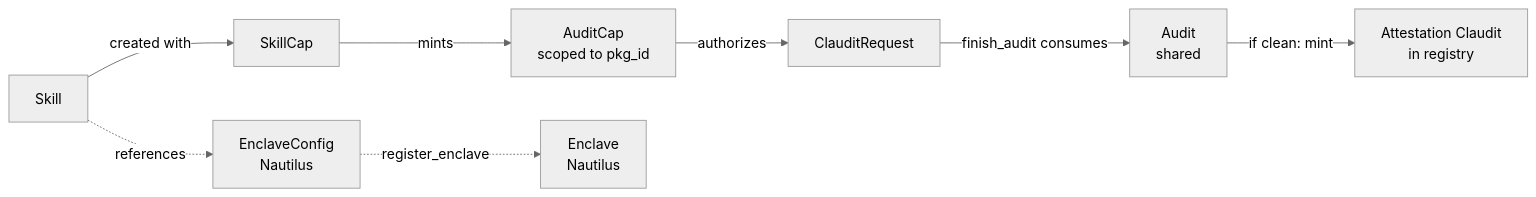
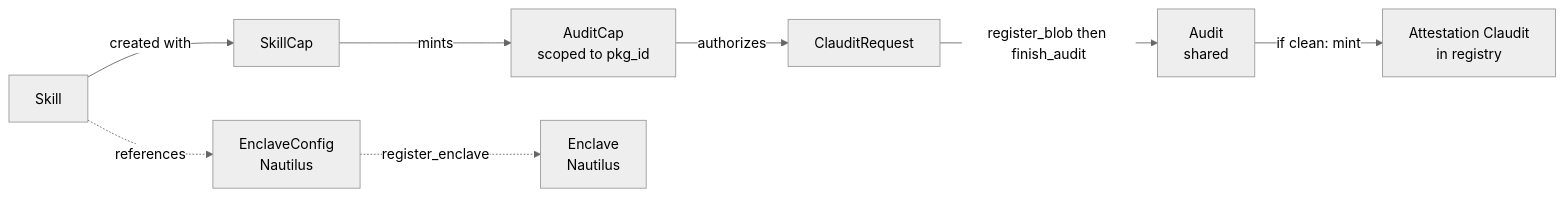
One commit to mdgeorge4153/sui-attestation-registry changed the third of 3 diagrams in claudilus/DESIGN.md. Above: the diagram before and after it, drawn with Mermaid (neutral theme). The commit also changed other lines of this file, not shown here.

````diff
--- a/claudilus/DESIGN.md
+++ b/claudilus/DESIGN.md
@@ -239,10 +265,10 @@
 ```mermaid
 flowchart LR
     Skill[Skill] -->|created with| SkillCap[SkillCap]
     SkillCap -->|mints| AuditCap[AuditCap<br/>scoped to pkg_id]
     AuditCap -->|authorizes| Req[ClauditRequest]
-    Req -->|finish_audit consumes| Audit[Audit<br/>shared]
+    Req -->|register_blob then finish_audit| Audit[Audit<br/>shared]
     Audit -->|if clean: mint| Att[Attestation Claudit<br/>in registry]
     Skill -.references.-> EC[EnclaveConfig<br/>Nautilus]
     EC -.register_enclave.-> Enc[Enclave<br/>Nautilus]
 ```
````
